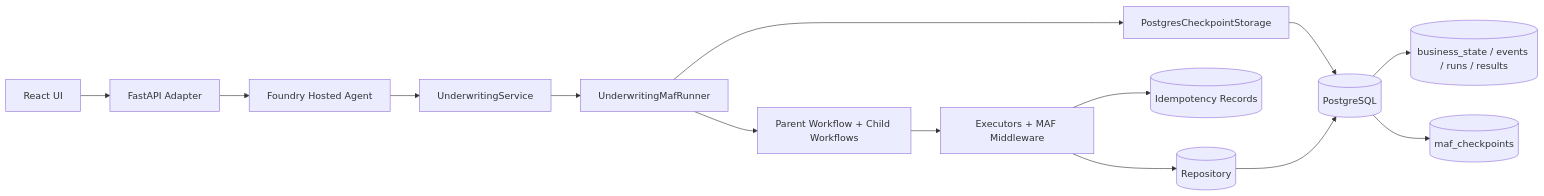
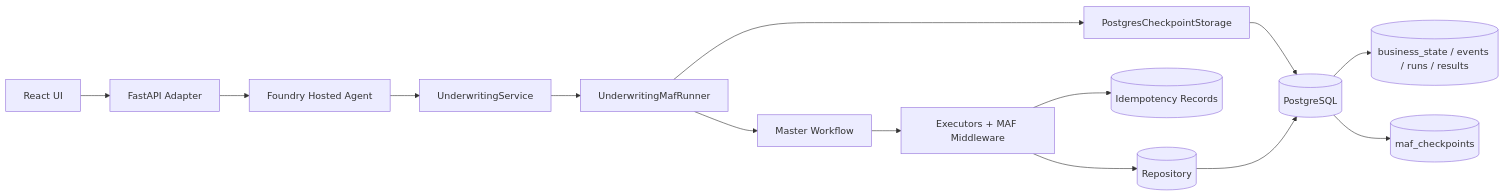
One commit to ppenumatsa1/maf-monorepo changed the second of 2 diagrams in agents/underwriting/foundry-public/docs/design/customer-questions-answers.md. Above: the diagram before and after it, drawn with Mermaid. The commit also changed other lines of this file and 30 other files, not shown here.

First line of the commit message:
refactor(underwriting): flatten Foundry workflow into direct master executors

````diff
--- a/agents/underwriting/foundry-public/docs/design/customer-questions-answers.md
+++ b/agents/underwriting/foundry-public/docs/design/customer-questions-answers.md
@@ -137,19 +137,19 @@
 ```mermaid
 flowchart LR
     UI[React UI] --> API[FastAPI Adapter]
     API --> HOSTED[Foundry Hosted Agent]
     HOSTED --> SVC[UnderwritingService]
     SVC --> RUNNER[UnderwritingMafRunner]
 
-    RUNNER --> WF[Parent Workflow + Child Workflows]
+    RUNNER --> WF[Master Workflow]
     WF --> EXE[Executors + MAF Middleware]
     EXE --> REPO[(Repository)]
     EXE --> IDEMP[(Idempotency Records)]
 
     RUNNER --> CKPT[PostgresCheckpointStorage]
     CKPT --> PG[(PostgreSQL)]
     REPO --> PG
 
     PG --> APPSTATE[(business_state / events / runs / results)]
     PG --> MAFSTATE[(maf_checkpoints)]
 ```
````
